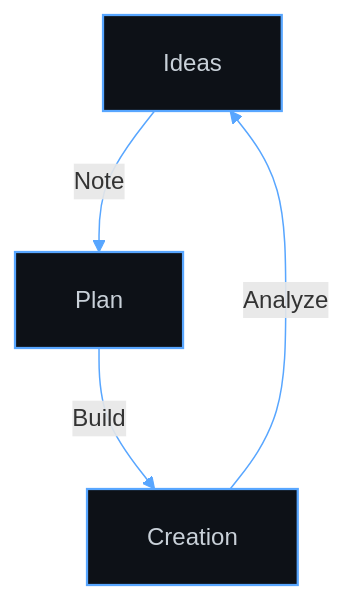
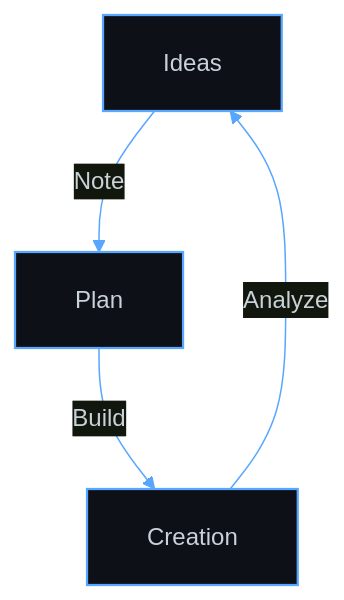
The diagram in README.md (aysh-mzmdr/aysh-mzmdr), drawn with Mermaid before and after one commit.

Commit message:
Force an explicit dark background on the Thought Fabric diagram
GitHub wraps rendered mermaid blocks in its own code-block container,
which shows through as grey wherever the diagram's own canvas is
transparent. Setting theme/themeVariables.background explicitly makes
the canvas itself opaque and dark, independent of that wrapper.

````diff
--- a/README.md
+++ b/README.md
@@ -65,15 +65,15 @@
 ```mermaid
-%%{init: {'flowchart': {'padding': 20, 'nodeSpacing': 60, 'rankSpacing': 70}}}%%
+%%{init: {'theme': 'base', 'themeVariables': {'background': '#0d1117', 'primaryColor': '#0d1117', 'primaryBorderColor': '#58a6ff', 'primaryTextColor': '#c9d1d9', 'lineColor': '#58a6ff'}, 'flowchart': {'padding': 20, 'nodeSpacing': 60, 'rankSpacing': 70}}}%%
 graph TD;
     Ideas -->|Note| Plan;
     Plan -->|Build| Creation;
     Creation -->|Analyze| Ideas;
 
     style Ideas fill:#0d1117,stroke:#58a6ff,stroke-width:1.5px,color:#c9d1d9
     style Plan fill:#0d1117,stroke:#58a6ff,stroke-width:1.5px,color:#c9d1d9
     style Creation fill:#0d1117,stroke:#58a6ff,stroke-width:1.5px,color:#c9d1d9
 
     linkStyle 0 stroke:#58a6ff,stroke-width:1px
     linkStyle 1 stroke:#58a6ff,stroke-width:1px
     linkStyle 2 stroke:#58a6ff,stroke-width:1px
 ```
````
